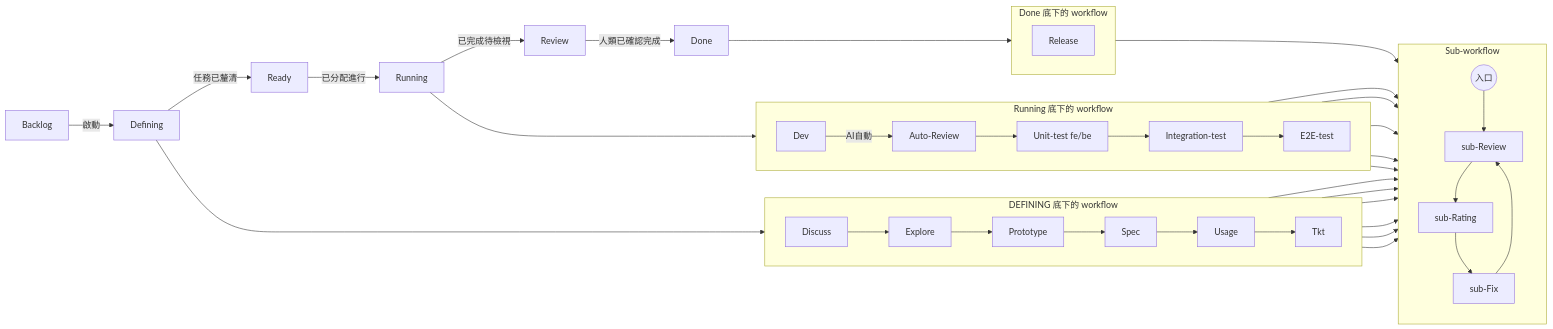
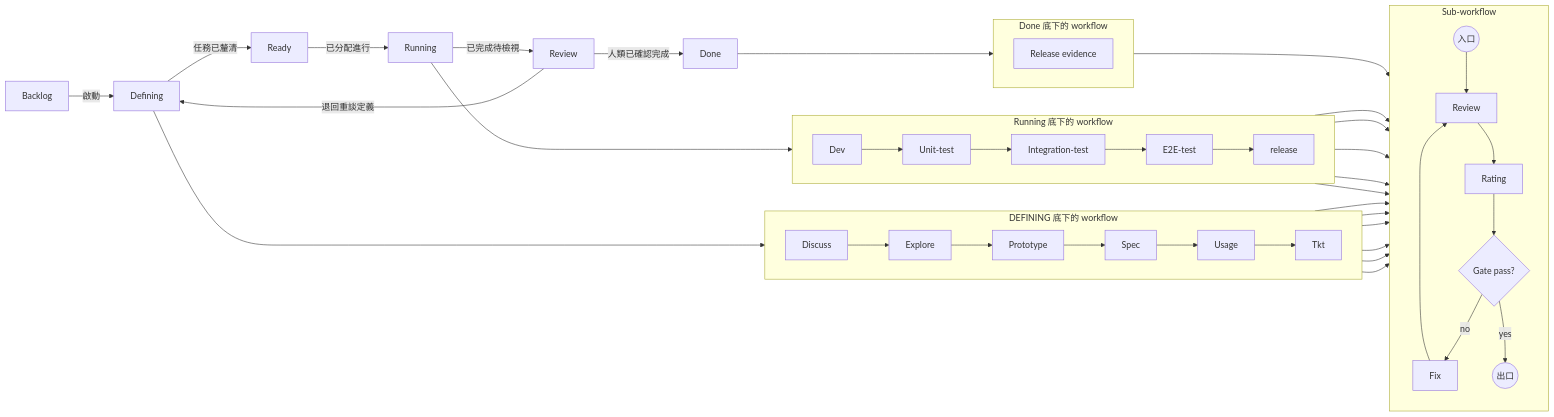
The fifth of 14 diagrams in docs/grimo/PRD.md (samzhu/grimoAPP), drawn with Mermaid before and after one commit. The commit also changed other lines of this file and 30 other files, not shown here.

````diff
--- a/docs/grimo/PRD.md
+++ b/docs/grimo/PRD.md
@@ -141,51 +137,56 @@
 ```mermaid
 flowchart LR
   Backlog -->|啟動| Defining
   Defining -->|任務已釐清| Ready
   Ready -->|已分配進行| Running
   Running -->|已完成待檢視| Review
   Review -->|人類已確認完成| Done
+  Review -->|退回重談定義| Defining
 
   Defining --> DEFINING_WORKFLOW
   Running --> RUNNING_WORKFLOW
   Done --> DONE_WORKFLOW
 
   subgraph DEFINING_WORKFLOW["DEFINING 底下的 workflow"]
     direction LR
     Discuss --> Explore --> Prototype --> Spec --> Usage --> Tkt
   end
 
   subgraph RUNNING_WORKFLOW["Running 底下的 workflow"]
     direction LR
-    Dev -->|AI自動| AutoReview["Auto-Review"]
-    AutoReview --> UnitTest["Unit-test fe/be"]
+    Dev --> UnitTest["Unit-test"]
     UnitTest --> IntegrationTest["Integration-test"]
     IntegrationTest --> E2ETest["E2E-test"]
+    E2ETest --> Release["release"]
   end
 
   subgraph DONE_WORKFLOW["Done 底下的 workflow"]
     direction LR
-    Release
+    DoneEvidence["Release evidence"]
   end
 
   subgraph SUB_WORKFLOW["Sub-workflow"]
     direction TB
     SW_IN((入口))
-    subReview["sub-Review"] --> subRating["sub-Rating"] --> subFix["sub-Fix"] --> subReview
-    SW_IN --> subReview
+    ReviewStep["Review"] --> Rating["Rating"]
+    Rating --> Gate{"Gate pass?"}
+    Gate -- "no" --> Fix["Fix"]
+    Fix --> ReviewStep
+    Gate -- "yes" --> SW_OUT((出口))
+    SW_IN --> ReviewStep
   end
 
-  Release --> SW_IN
+  DoneEvidence --> SW_IN
 
   Discuss --> SW_IN
   Explore --> SW_IN
   Prototype --> SW_IN
   Spec --> SW_IN
   Usage --> SW_IN
   Tkt --> SW_IN
   Dev --> SW_IN
-  AutoReview --> SW_IN
   UnitTest --> SW_IN
   IntegrationTest --> SW_IN
   E2ETest --> SW_IN
+  Release --> SW_IN
 ```
````
